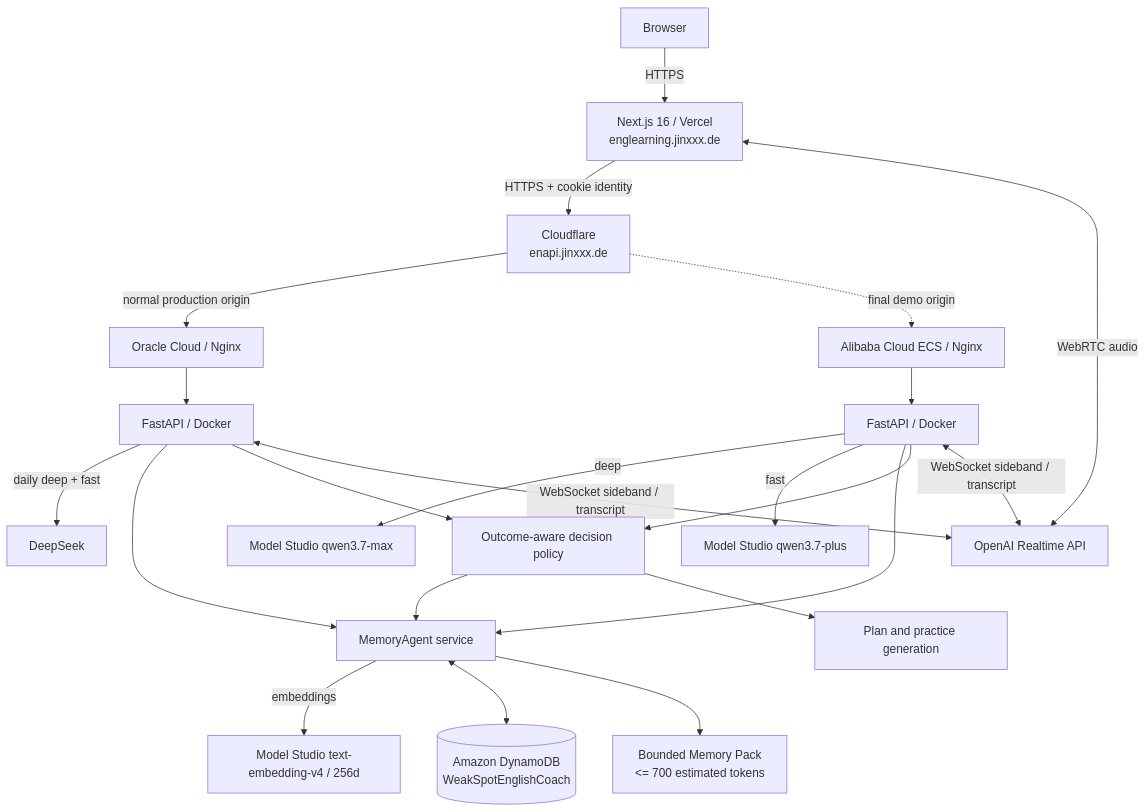
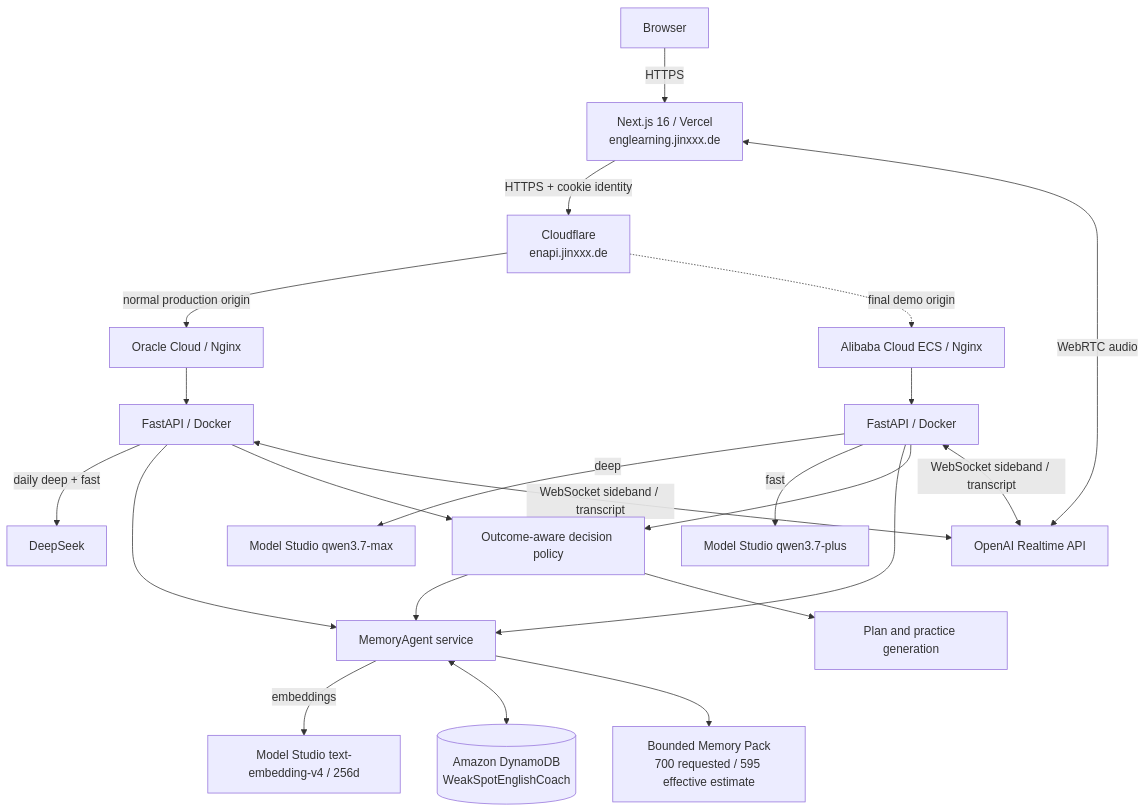
One commit to jinyu-cai/weakspot-english-coach changed the first of 2 diagrams in docs/ARCHITECTURE.md. Above: the diagram before and after it, drawn with Mermaid. The commit also changed other lines of this file and 19 other files, not shown here.

````diff
--- a/docs/ARCHITECTURE.md
+++ b/docs/ARCHITECTURE.md
@@ -9,28 +9,28 @@
 ```mermaid
 flowchart TB
     User[Browser] -->|HTTPS| Web[Next.js 16 / Vercel\nenglearning.jinxxx.de]
     Web -->|HTTPS + cookie identity| Edge[Cloudflare\nenapi.jinxxx.de]
     Edge -->|normal production origin| OracleNginx[Oracle Cloud / Nginx]
     Edge -. final demo origin .-> AliNginx[Alibaba Cloud ECS / Nginx]
     OracleNginx --> OracleAPI[FastAPI / Docker]
     AliNginx --> AliAPI[FastAPI / Docker]
 
     OracleAPI -->|daily deep + fast| DeepSeek[DeepSeek]
     AliAPI -->|deep| Max[Model Studio qwen3.7-max]
     AliAPI -->|fast| Plus[Model Studio qwen3.7-plus]
 
     OracleAPI --> Mem[MemoryAgent service]
     AliAPI --> Mem
     Mem -->|embeddings| Emb[Model Studio text-embedding-v4 / 256d]
     Mem <--> DB[(Amazon DynamoDB\nWeakSpotEnglishCoach)]
-    Mem --> Pack[Bounded Memory Pack\n<= 700 estimated tokens]
+    Mem --> Pack[Bounded Memory Pack\n700 requested / 595 effective estimate]
 
     OracleAPI --> Decide[Outcome-aware decision policy]
     AliAPI --> Decide
     Decide --> Mem
     Decide --> Practice[Plan and practice generation]
 
     Voice[OpenAI Realtime API] <-->|WebRTC audio| Web
     OracleAPI <-->|WebSocket sideband / transcript| Voice
     AliAPI <-->|WebSocket sideband / transcript| Voice
 ```
````
